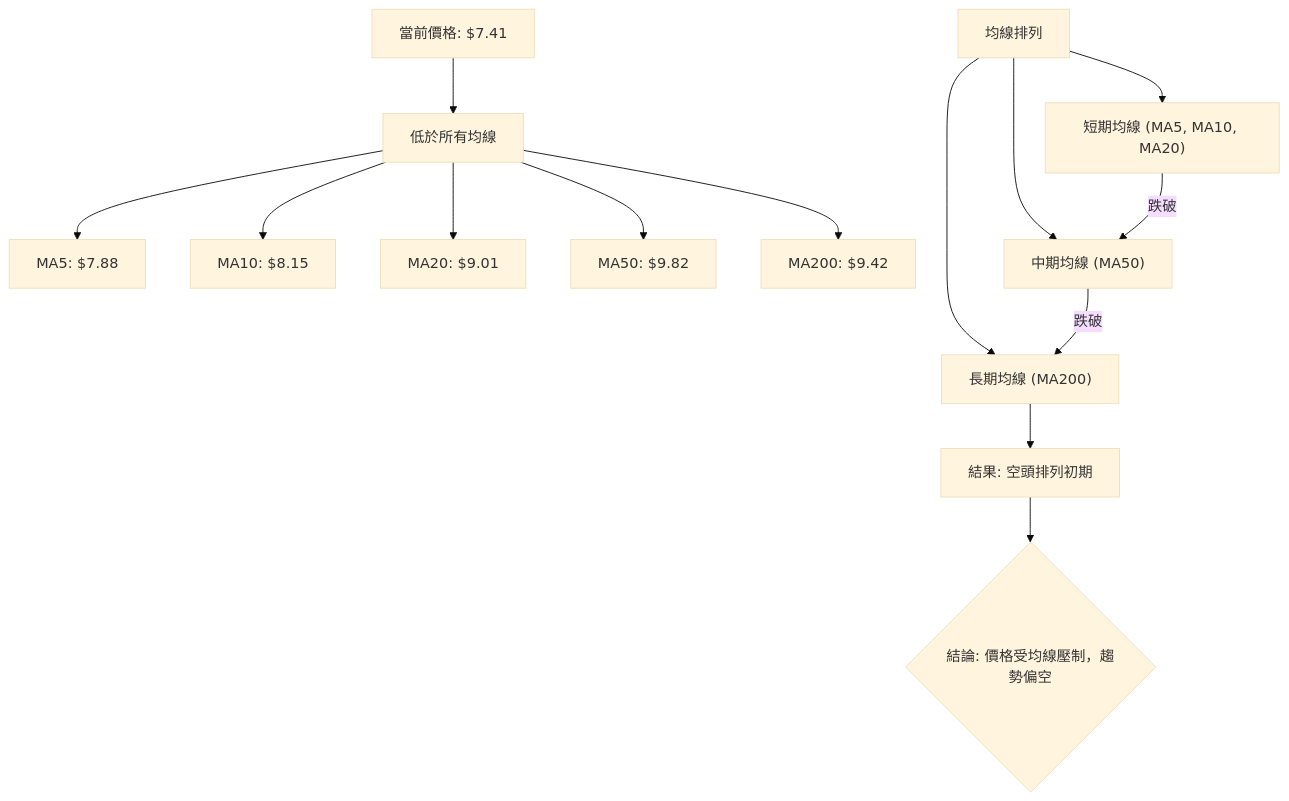
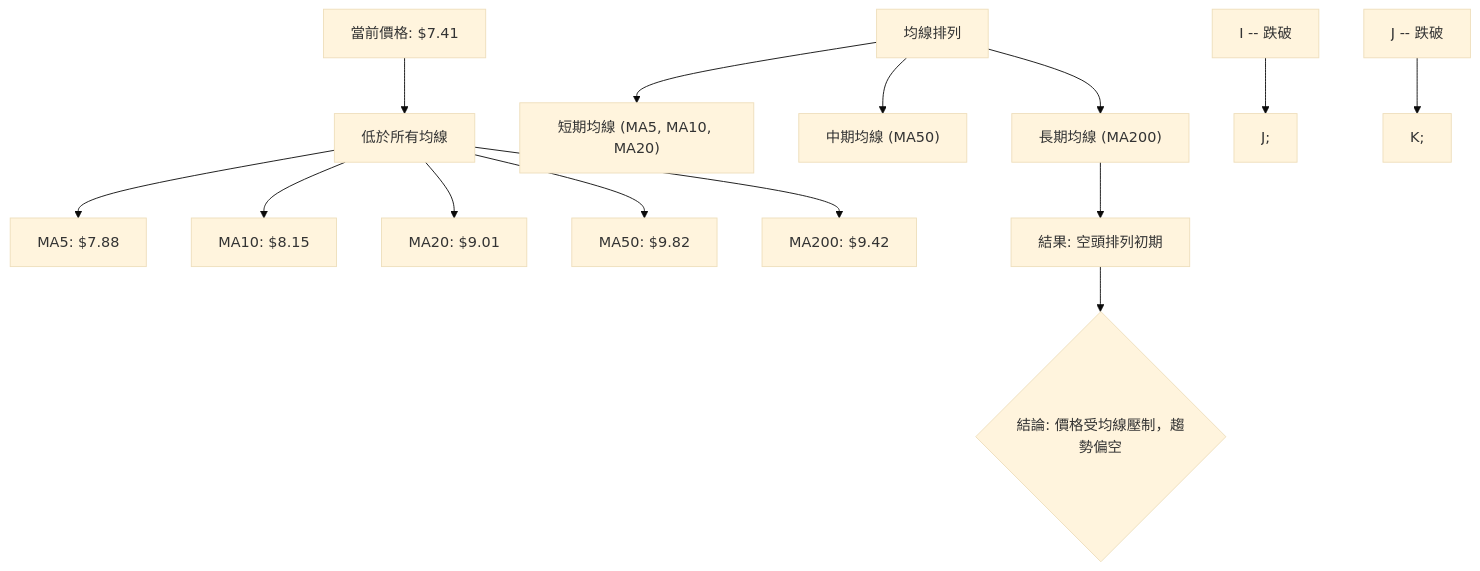
The sixth of 11 diagrams in ai_gen_report/stock/onds/technical_analysis_2026-07-03_gemini.md (yennanliu/finance_data), drawn with Mermaid (base theme) before and after one commit. The commit also changed other lines of this file and 2258 other files, not shown here.

First line of the commit message:
chore: backfill Mermaid syntax repair across existing reports

````diff
--- a/ai_gen_report/stock/onds/technical_analysis_2026-07-03_gemini.md
+++ b/ai_gen_report/stock/onds/technical_analysis_2026-07-03_gemini.md
@@ -414,16 +414,16 @@
 ```mermaid
 graph TD
     A["當前價格: $7.41"] --> B["低於所有均線"];
     B --> C["MA5: $7.88"];
     B --> D["MA10: $8.15"];
     B --> E["MA20: $9.01"];
     B --> F["MA50: $9.82"];
     B --> G["MA200: $9.42"];
     H["均線排列"] --> I["短期均線 (MA5, MA10, MA20)"];
     H --> J["中期均線 (MA50)"];
     H --> K["長期均線 (MA200)"];
-    I -- 跌破 --> J;
-    J -- 跌破 --> K;
+    nb1["I -- 跌破"] --> nb2["J;"]
+    nb3["J -- 跌破"] --> nb4["K;"]
     K --> L["結果: 空頭排列初期"];
     L --> M{"結論: 價格受均線壓制，趨勢偏空"};
 ```
````
